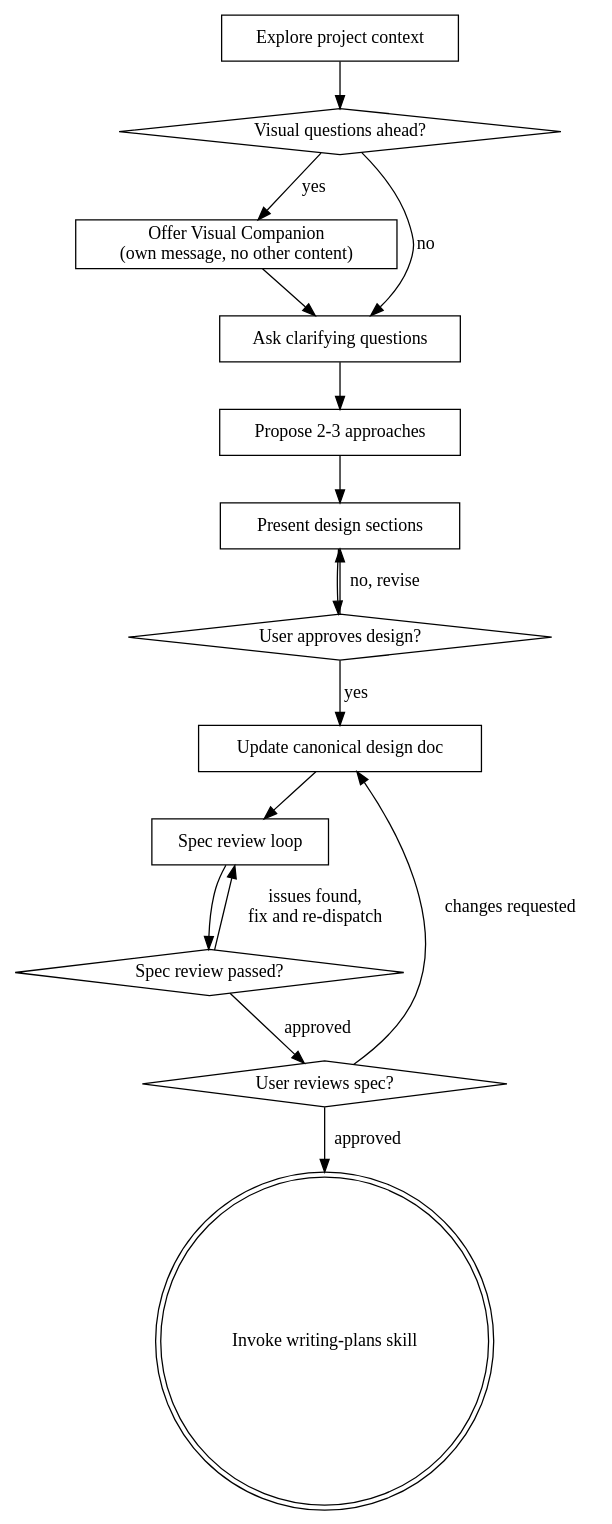
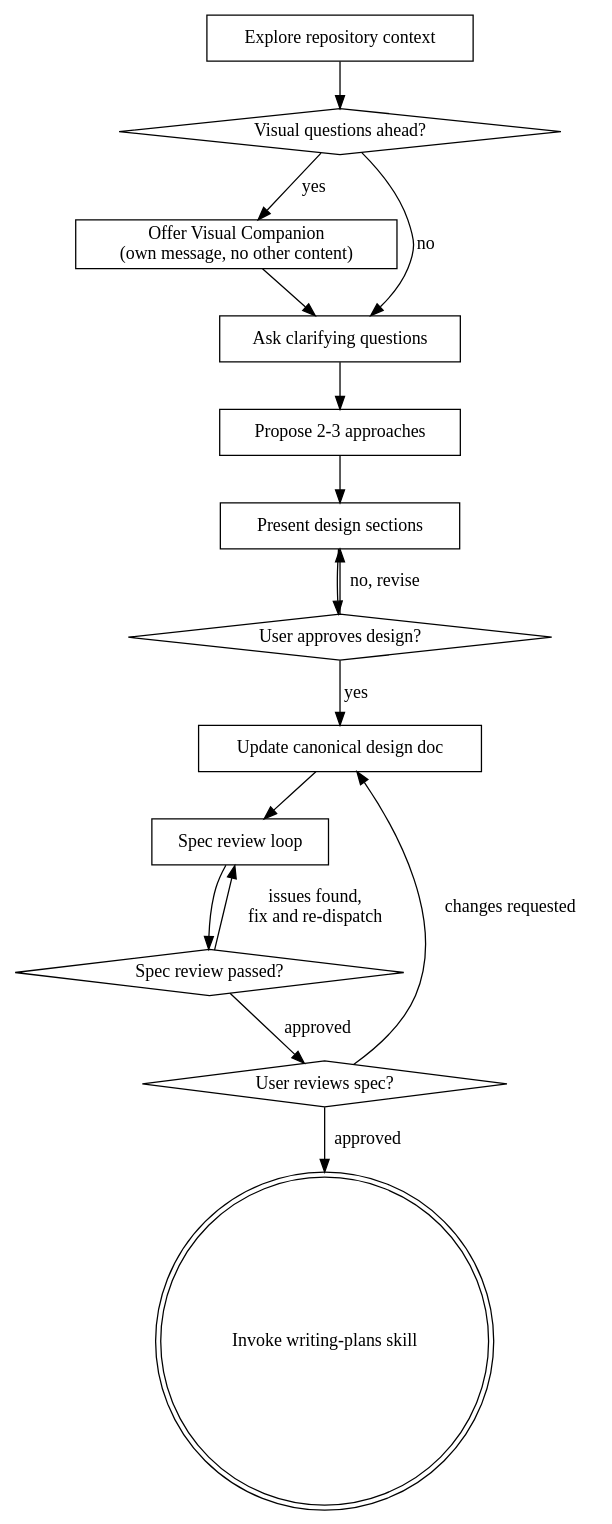
One commit to gyf1214/ya-superpowers changed the diagram in skills/brainstorming/SKILL.md. Above: the diagram before and after it, drawn with Graphviz. The commit also changed other lines of this file and 6 other files, not shown here.

````diff
--- a/skills/brainstorming/SKILL.md
+++ b/skills/brainstorming/SKILL.md
@@ -36,32 +41,32 @@
 ```dot
 digraph brainstorming {
-    "Explore project context" [shape=box];
+    "Explore repository context" [shape=box];
     "Visual questions ahead?" [shape=diamond];
     "Offer Visual Companion\n(own message, no other content)" [shape=box];
     "Ask clarifying questions" [shape=box];
     "Propose 2-3 approaches" [shape=box];
     "Present design sections" [shape=box];
     "User approves design?" [shape=diamond];
     "Update canonical design doc" [shape=box];
     "Spec review loop" [shape=box];
     "Spec review passed?" [shape=diamond];
     "User reviews spec?" [shape=diamond];
     "Invoke writing-plans skill" [shape=doublecircle];
 
-    "Explore project context" -> "Visual questions ahead?";
+    "Explore repository context" -> "Visual questions ahead?";
     "Visual questions ahead?" -> "Offer Visual Companion\n(own message, no other content)" [label="yes"];
     "Visual questions ahead?" -> "Ask clarifying questions" [label="no"];
     "Offer Visual Companion\n(own message, no other content)" -> "Ask clarifying questions";
     "Ask clarifying questions" -> "Propose 2-3 approaches";
     "Propose 2-3 approaches" -> "Present design sections";
     "Present design sections" -> "User approves design?";
     "User approves design?" -> "Present design sections" [label="no, revise"];
     "User approves design?" -> "Update canonical design doc" [label="yes"];
     "Update canonical design doc" -> "Spec review loop";
     "Spec review loop" -> "Spec review passed?";
     "Spec review passed?" -> "Spec review loop" [label="issues found,\nfix and re-dispatch"];
     "Spec review passed?" -> "User reviews spec?" [label="approved"];
     "User reviews spec?" -> "Update canonical design doc" [label="changes requested"];
     "User reviews spec?" -> "Invoke writing-plans skill" [label="approved"];
 }
 ```
````
